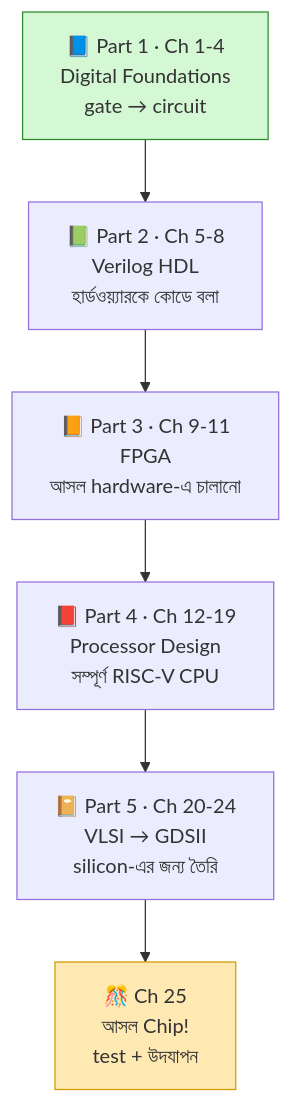
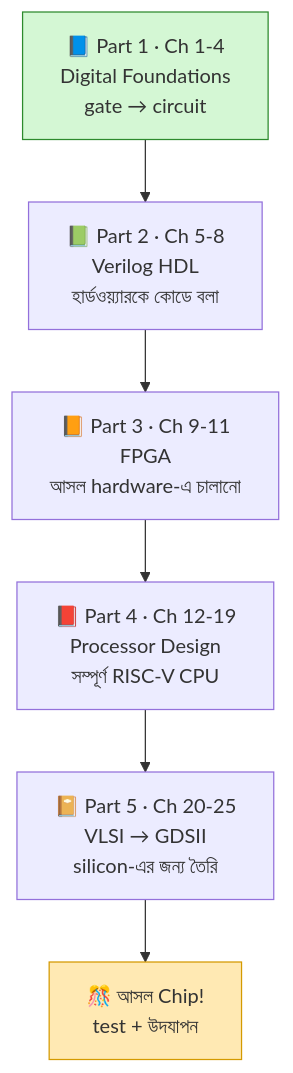
The third of 3 diagrams in chapters/Chapter_25_Chip_Fabrication_Testing.md (akram02/build-your-own-processor), drawn with Mermaid before and after one commit. The commit also changed other lines of this file, not shown here.

````diff
--- a/chapters/Chapter_25_Chip_Fabrication_Testing.md
+++ b/chapters/Chapter_25_Chip_Fabrication_Testing.md
@@ -1094,14 +1094,14 @@
 ```mermaid
 flowchart TD
     P1["📘 Part 1 · Ch 1-4<br/>Digital Foundations<br/>gate → circuit"]
     P2["📗 Part 2 · Ch 5-8<br/>Verilog HDL<br/>হার্ডওয়্যারকে কোডে বলা"]
     P3["📙 Part 3 · Ch 9-11<br/>FPGA<br/>আসল hardware-এ চালানো"]
     P4["📕 Part 4 · Ch 12-19<br/>Processor Design<br/>সম্পূর্ণ RISC-V CPU"]
-    P5["📔 Part 5 · Ch 20-24<br/>VLSI → GDSII<br/>silicon-এর জন্য তৈরি"]
-    P6["🎊 Ch 25<br/>আসল Chip!<br/>test + উদযাপন"]
+    P5["📔 Part 5 · Ch 20-25<br/>VLSI → GDSII<br/>silicon-এর জন্য তৈরি"]
+    P6["🎊 আসল Chip!<br/>test + উদযাপন"]
 
     P1 --> P2 --> P3 --> P4 --> P5 --> P6
 
     style P1 fill:#d4f7d4,stroke:#2d8a2d
     style P6 fill:#ffe9b3,stroke:#d49a00
 ```
````
